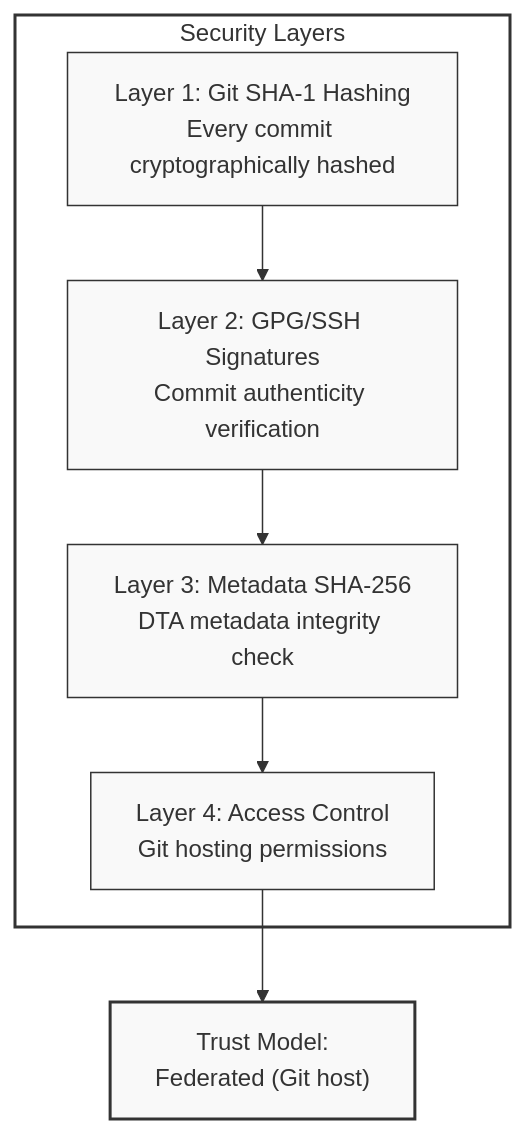
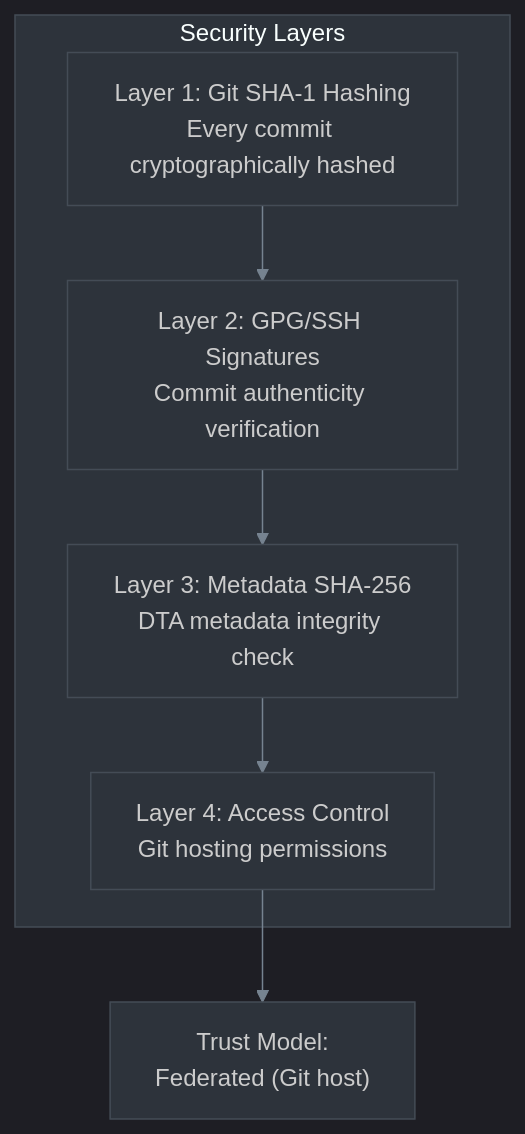
Diagram 14 of 17 in docs/ARCHITECTURE.md (Ricoledan/dta-provenance-demo), drawn with Mermaid before and after one commit. The commit also changed other lines of this file and 1 other file, not shown here.

First line of the commit message:
Update Mermaid diagrams to dark theme

````diff
--- a/docs/ARCHITECTURE.md
+++ b/docs/ARCHITECTURE.md
@@ -507,23 +412,18 @@
 ```mermaid
+%%{init: {"theme":"dark","themeVariables":{"darkMode":true,"background":"#0d1117","primaryColor":"#2d333b","primaryTextColor":"#e6edf3","primaryBorderColor":"#444c56","lineColor":"#768390","secondaryColor":"#1c2128","tertiaryColor":"#22272e","clusterBkg":"#2d333b","clusterBorder":"#444c56","nodeTextColor":"#e6edf3","mainBkg":"#2d333b","secondBkg":"#22272e","edgeLabelBackground":"#2d333b","nodeBorder":"#444c56"}}}%%
 graph TB
     subgraph Security["Security Layers"]
         L1["Layer 1: Git SHA-1 Hashing<br/>Every commit cryptographically hashed"]
         L2["Layer 2: GPG/SSH Signatures<br/>Commit authenticity verification"]
         L3["Layer 3: Metadata SHA-256<br/>DTA metadata integrity check"]
         L4["Layer 4: Access Control<br/>Git hosting permissions"]
     end
 
     L1 --> L2
     L2 --> L3
     L3 --> L4
 
     Trust["Trust Model:<br/>Federated (Git host)"]
     L4 --> Trust
 
-    style Security fill:#fff,stroke:#333,stroke-width:2px
-    style L1 fill:#f9f9f9,stroke:#333,stroke-width:1px
-    style L2 fill:#f9f9f9,stroke:#333,stroke-width:1px
-    style L3 fill:#f9f9f9,stroke:#333,stroke-width:1px
-    style L4 fill:#f9f9f9,stroke:#333,stroke-width:1px
-    style Trust fill:#f9f9f9,stroke:#333,stroke-width:2px
 ```
````
